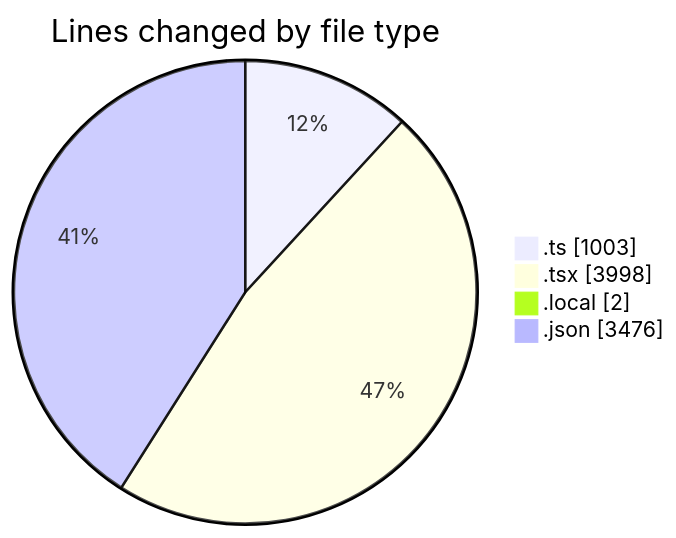
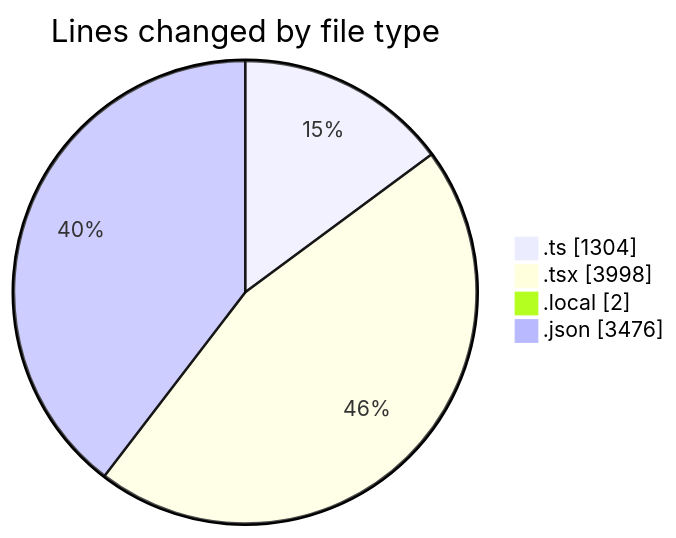
One commit to julien-gomy/code-tracking changed the first of 2 diagrams in 2025-10-28/eventscop-frontend-guide__workspace_/README.md. Above: the diagram before and after it, drawn with Mermaid. The commit also changed other lines of this file and 1 other file, not shown here.

````diff
--- a/2025-10-28/eventscop-frontend-guide__workspace_/README.md
+++ b/2025-10-28/eventscop-frontend-guide__workspace_/README.md
@@ -49,8 +50,8 @@
 ```mermaid
 pie showData
 title Lines changed by file type
-".ts" : 1003
+".ts" : 1304
 ".tsx" : 3998
 ".local" : 2
 ".json" : 3476
 ```
````
